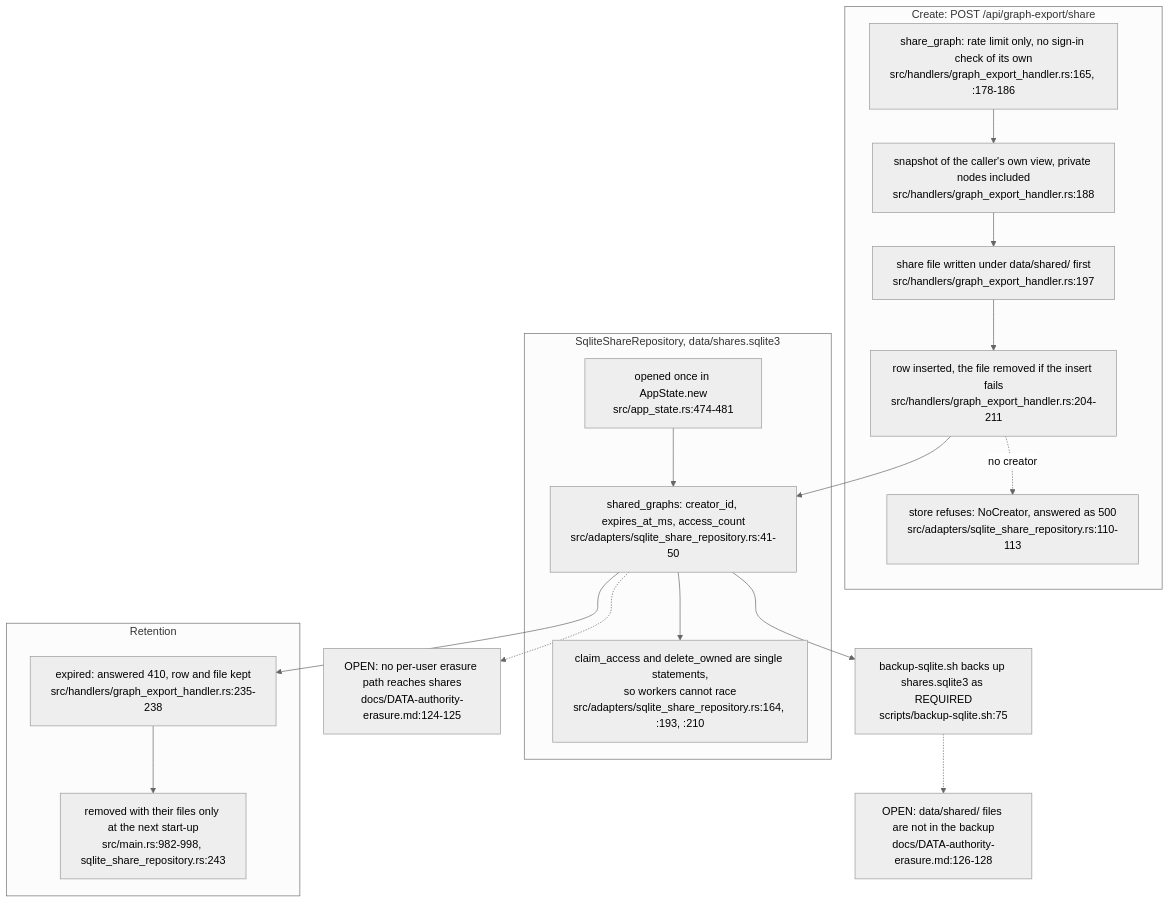
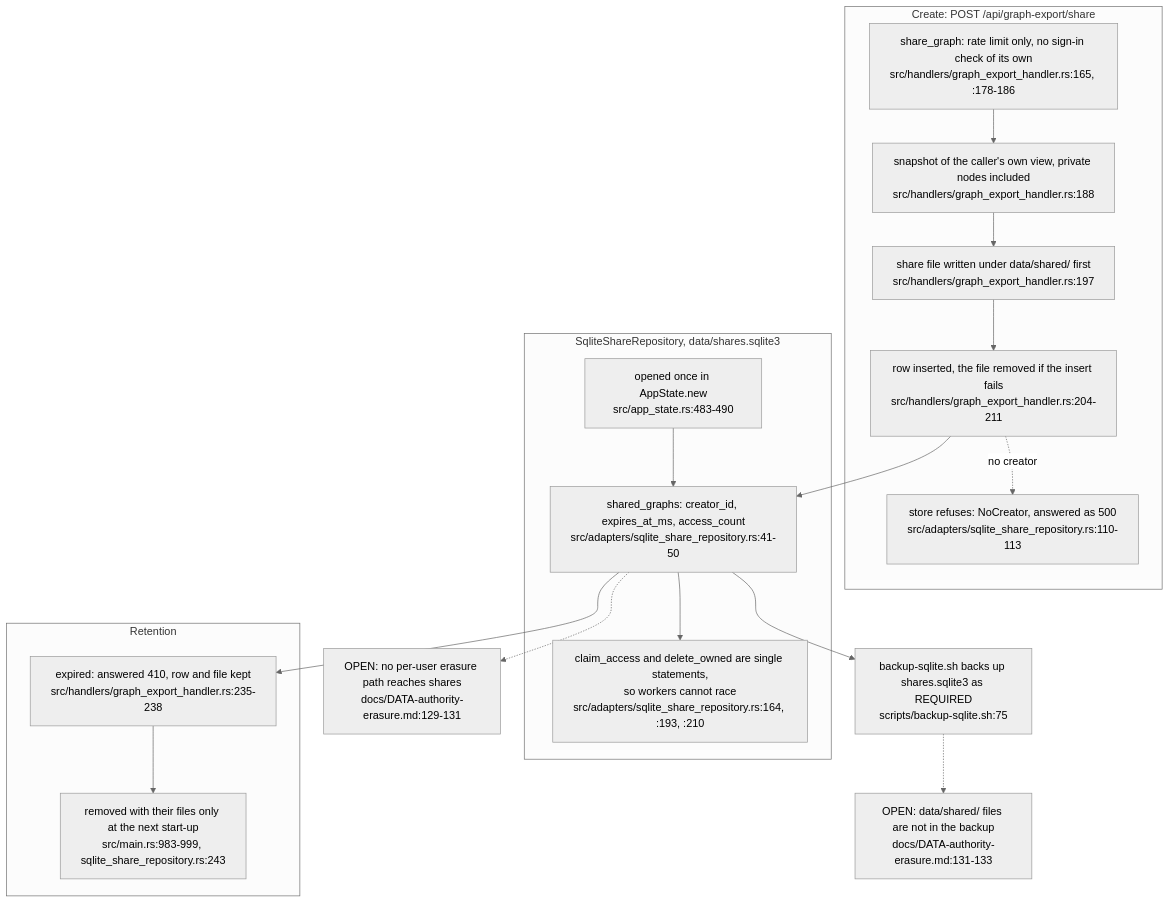
One commit to DreamLab-AI/VisionFlow changed diagram 14 of 14 in docs/diagrams/visionclaw/22-data-authority-provenance-erasure.md. Above: the diagram before and after it, drawn with Mermaid (neutral theme). The commit also changed other lines of this file and 49 other files, not shown here.

First line of the commit message:
docs(diagrams): re-derive and re-stamp VisionClaw, estate, knowledge-graph, visionGraph, VisionFlow and sidestr topics

````diff
--- a/docs/diagrams/visionclaw/22-data-authority-provenance-erasure.md
+++ b/docs/diagrams/visionclaw/22-data-authority-provenance-erasure.md
@@ -557,26 +557,26 @@
 ```mermaid
 flowchart TB
     subgraph WRITE["Create: POST /api/graph-export/share"]
         SH["share_graph: rate limit only, no sign-in check of its own<br/>src/handlers/graph_export_handler.rs:165, :178-186"]
         SH --> VIEW["snapshot of the caller's own view, private nodes included<br/>src/handlers/graph_export_handler.rs:188"]
         VIEW --> FILE["share file written under data/shared/ first<br/>src/handlers/graph_export_handler.rs:197"]
         FILE --> ROW["row inserted, the file removed if the insert fails<br/>src/handlers/graph_export_handler.rs:204-211"]
         ROW -.->|"no creator"| NC["store refuses: NoCreator, answered as 500<br/>src/adapters/sqlite_share_repository.rs:110-113"]
     end
     subgraph STORE["SqliteShareRepository, data/shares.sqlite3"]
-        OPEN["opened once in AppState.new<br/>src/app_state.rs:474-481"]
+        OPEN["opened once in AppState.new<br/>src/app_state.rs:483-490"]
         TBL["shared_graphs: creator_id, expires_at_ms, access_count<br/>src/adapters/sqlite_share_repository.rs:41-50"]
         CLAIM["claim_access and delete_owned are single statements,<br/>so workers cannot race<br/>src/adapters/sqlite_share_repository.rs:164, :193, :210"]
         OPEN --> TBL --> CLAIM
     end
     ROW --> TBL
     subgraph LIFE["Retention"]
         GONE["expired: answered 410, row and file kept<br/>src/handlers/graph_export_handler.rs:235-238"]
-        SWEEP["removed with their files only at the next start-up<br/>src/main.rs:982-998, sqlite_share_repository.rs:243"]
+        SWEEP["removed with their files only at the next start-up<br/>src/main.rs:983-999, sqlite_share_repository.rs:243"]
         GONE --> SWEEP
     end
     TBL --> GONE
     TBL --> BK["backup-sqlite.sh backs up shares.sqlite3 as REQUIRED<br/>scripts/backup-sqlite.sh:75"]
-    BK -.-> NOFILES["OPEN: data/shared/ files are not in the backup<br/>docs/DATA-authority-erasure.md:126-128"]
-    TBL -.-> NOERASE["OPEN: no per-user erasure path reaches shares<br/>docs/DATA-authority-erasure.md:124-125"]
+    BK -.-> NOFILES["OPEN: data/shared/ files are not in the backup<br/>docs/DATA-authority-erasure.md:131-133"]
+    TBL -.-> NOERASE["OPEN: no per-user erasure path reaches shares<br/>docs/DATA-authority-erasure.md:129-131"]
 ```
````
